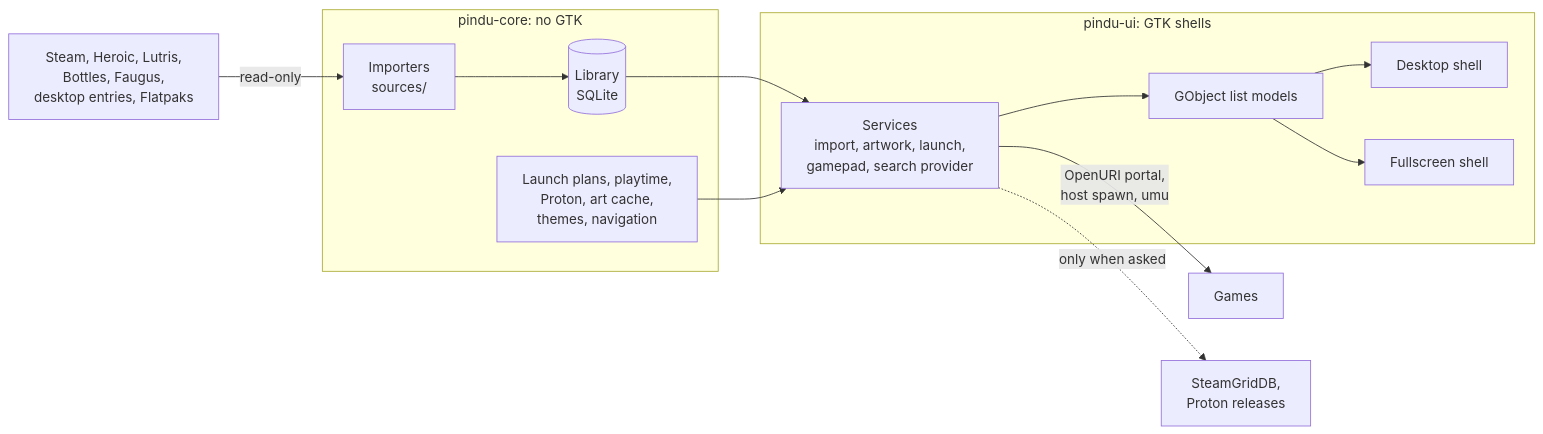
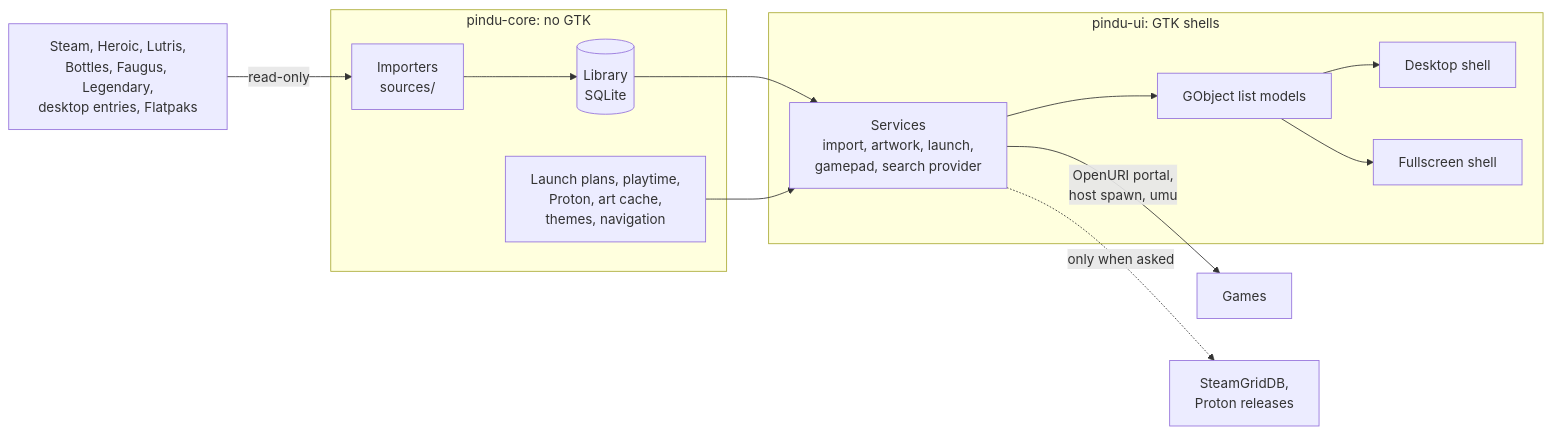
One commit to Tim-van-Oudheusden/pindu-launcher changed the diagram in README.md. Above: the diagram before and after it, drawn with Mermaid. The commit also changed other lines of this file and 20 other files, not shown here.

````diff
--- a/README.md
+++ b/README.md
@@ -551,21 +554,21 @@
 ```mermaid
 flowchart LR
-  launchers["Steam, Heroic, Lutris,<br/>Bottles, Faugus,<br/>desktop entries, Flatpaks"]
+  launchers["Steam, Heroic, Lutris,<br/>Bottles, Faugus, Legendary,<br/>desktop entries, Flatpaks"]
 
   subgraph core["pindu-core: no GTK"]
     importers["Importers<br/>sources/"] --> store[("Library<br/>SQLite")]
     logic["Launch plans, playtime,<br/>Proton, art cache,<br/>themes, navigation"]
   end
 
   subgraph ui["pindu-ui: GTK shells"]
     services["Services<br/>import, artwork, launch,<br/>gamepad, search provider"] --> models["GObject list models"]
     models --> desktop["Desktop shell"]
     models --> fullscreen["Fullscreen shell"]
   end
 
   launchers -->|"read-only"| importers
   store --> services
   logic --> services
   services -->|"OpenURI portal,<br/>host spawn, umu"| games["Games"]
   services -.->|"only when asked"| online["SteamGridDB,<br/>Proton releases"]
 ```
````
